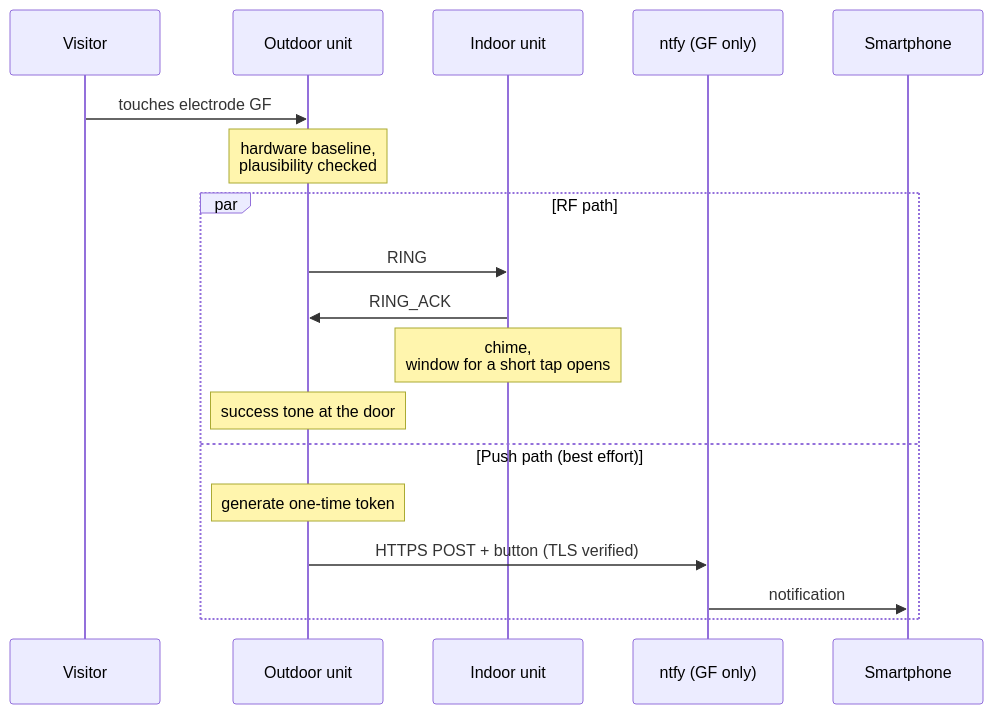
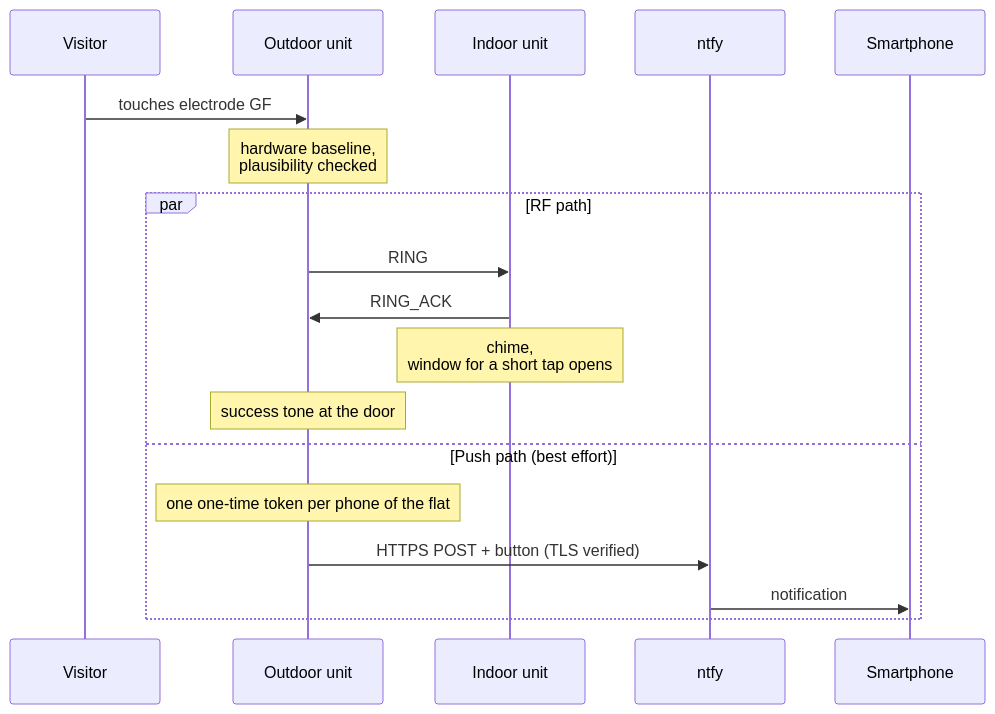
Before and after one commit to akoerner-dev/ClearBell: the sixth of 9 diagrams in docs/Softwarearchitektur_V0.2.en.md, drawn with Mermaid. The commit also changed other lines of this file and 19 other files, not shown here.

````diff
--- a/docs/Softwarearchitektur_V0.2.en.md
+++ b/docs/Softwarearchitektur_V0.2.en.md
@@ -505,21 +507,21 @@
 ```mermaid
 sequenceDiagram
     participant B as Visitor
     participant A as Outdoor unit
     participant I as Indoor unit
-    participant P as ntfy (GF only)
+    participant P as ntfy
     participant S as Smartphone
 
     B->>A: touches electrode GF
     Note over A: hardware baseline,<br/>plausibility checked
     par RF path
         A->>I: RING
         I->>A: RING_ACK
         Note over I: chime,<br/>window for a short tap opens
         Note over A: success tone at the door
     and Push path (best effort)
-        Note over A: generate one-time token
+        Note over A: one one-time token per phone of the flat
         A->>P: HTTPS POST + button (TLS verified)
         P->>S: notification
     end
 ```
````
